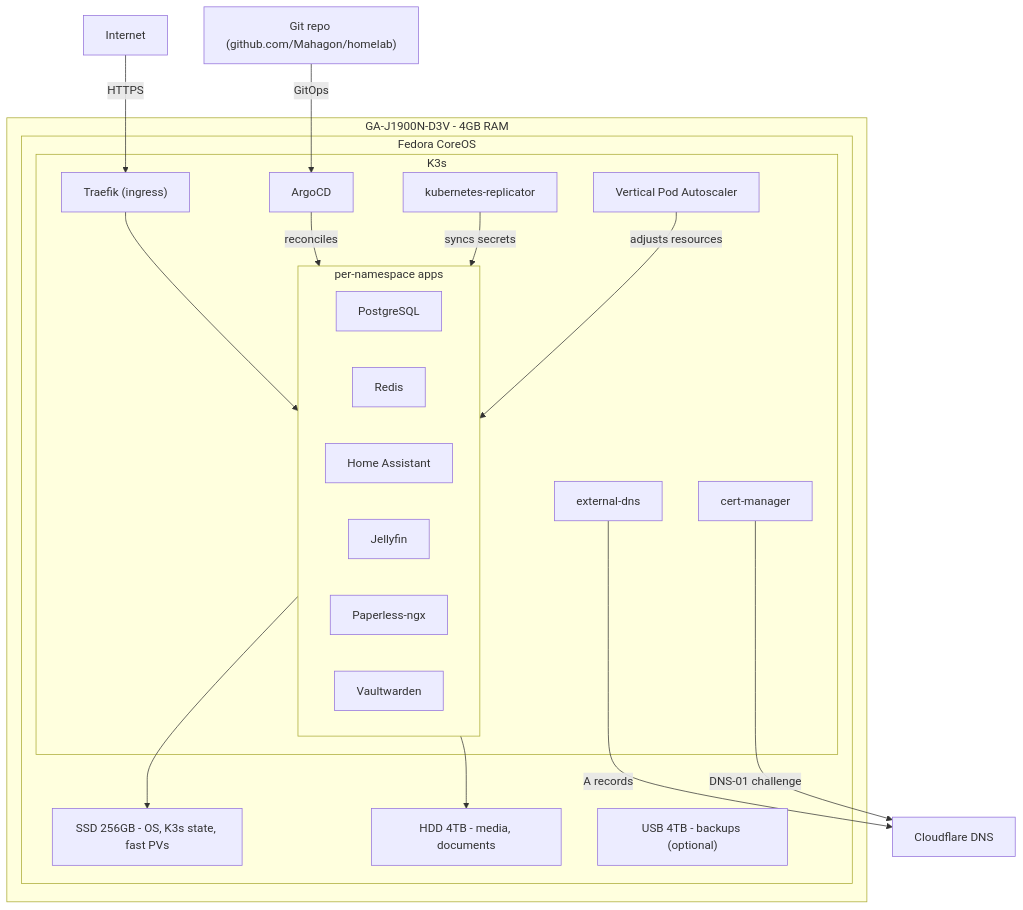
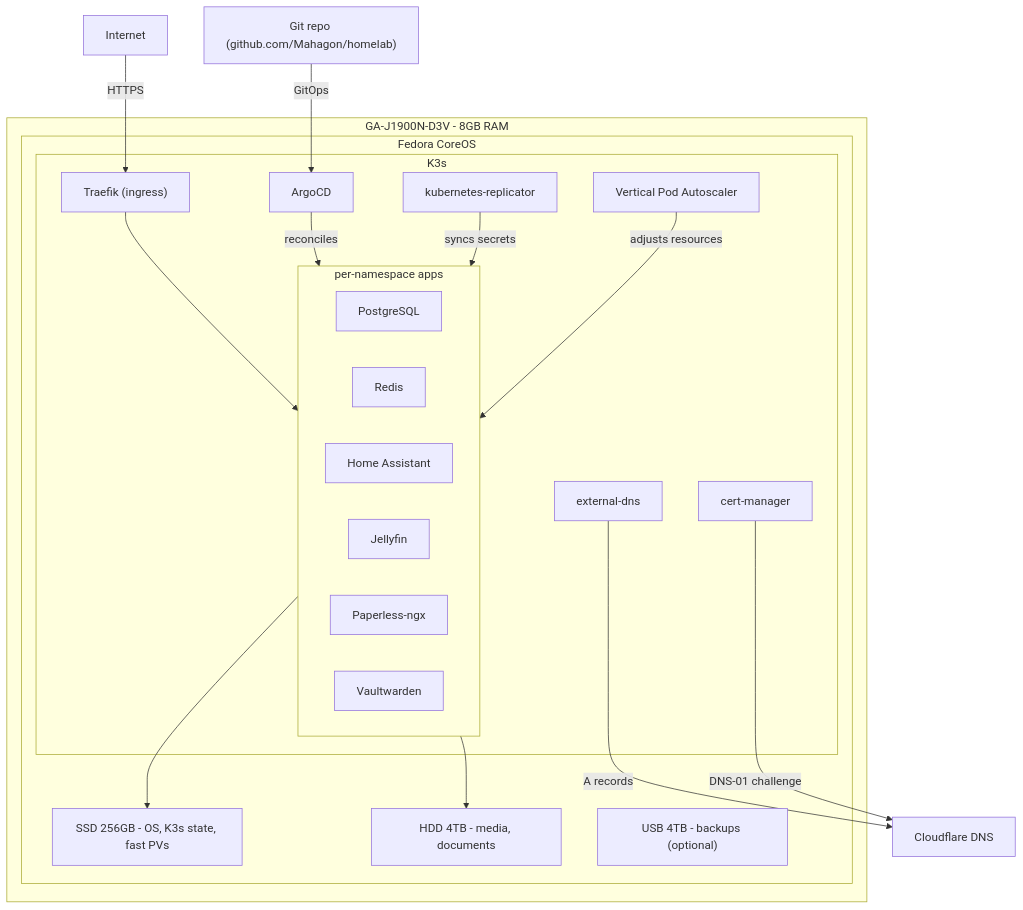
Before and after one commit to Mahagon/homelab: the first of 2 diagrams in README.md, drawn with Mermaid. The commit also changed other lines of this file, not shown here.

Commit message:
Update HW info as i upgraded to 8 GB

````diff
--- a/README.md
+++ b/README.md
@@ -7,41 +7,41 @@
 ```mermaid
 graph TD
     Internet -->|HTTPS| Traefik
     Git["Git repo (github.com/Mahagon/homelab)"] -->|GitOps| ArgoCD
     ExternalDNS -->|A records| Cloudflare["Cloudflare DNS"]
     CertManager -->|DNS-01 challenge| Cloudflare
 
-    subgraph hw["GA-J1900N-D3V - 4GB RAM"]
+    subgraph hw["GA-J1900N-D3V - 8GB RAM"]
         subgraph fcos["Fedora CoreOS"]
             subgraph cluster["K3s"]
                 ArgoCD
                 Traefik["Traefik (ingress)"]
                 CertManager["cert-manager"]
                 ExternalDNS["external-dns"]
                 Replicator["kubernetes-replicator"]
                 VPA["Vertical Pod Autoscaler"]
 
                 subgraph apps["per-namespace apps"]
                     PostgreSQL
                     Redis
                     HomeAssistant["Home Assistant"]
                     Jellyfin
                     Paperless["Paperless-ngx"]
                     Vaultwarden
                 end
 
                 Traefik --> apps
                 ArgoCD -->|reconciles| apps
                 Replicator -->|syncs secrets| apps
                 VPA -->|adjusts resources| apps
             end
 
             SSD["SSD 256GB - OS, K3s state, fast PVs"]
             HDD["HDD 4TB - media, documents"]
             USB["USB 4TB - backups (optional)"]
         end
     end
 
     apps --> SSD
     apps --> HDD
 ```
````
